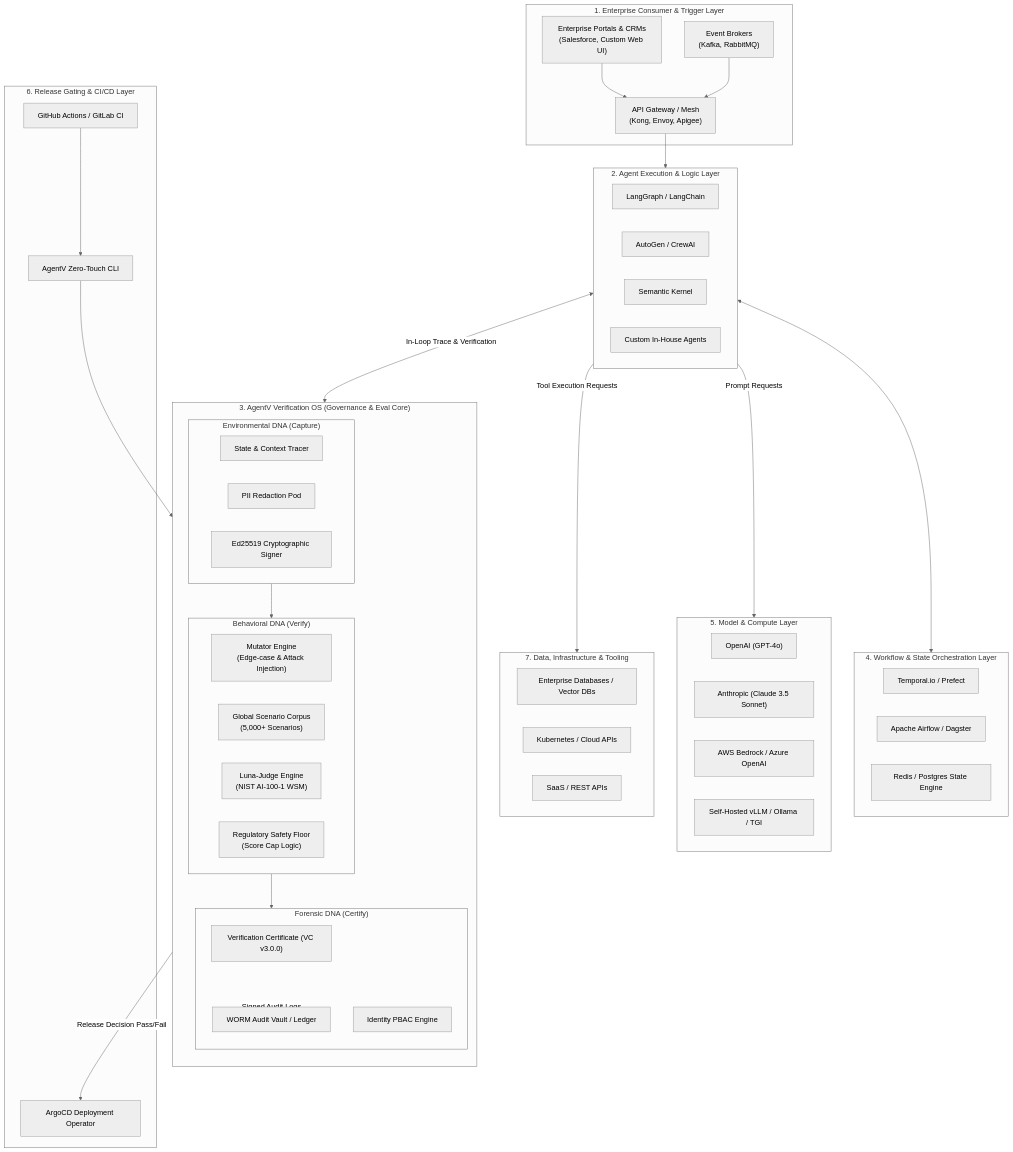
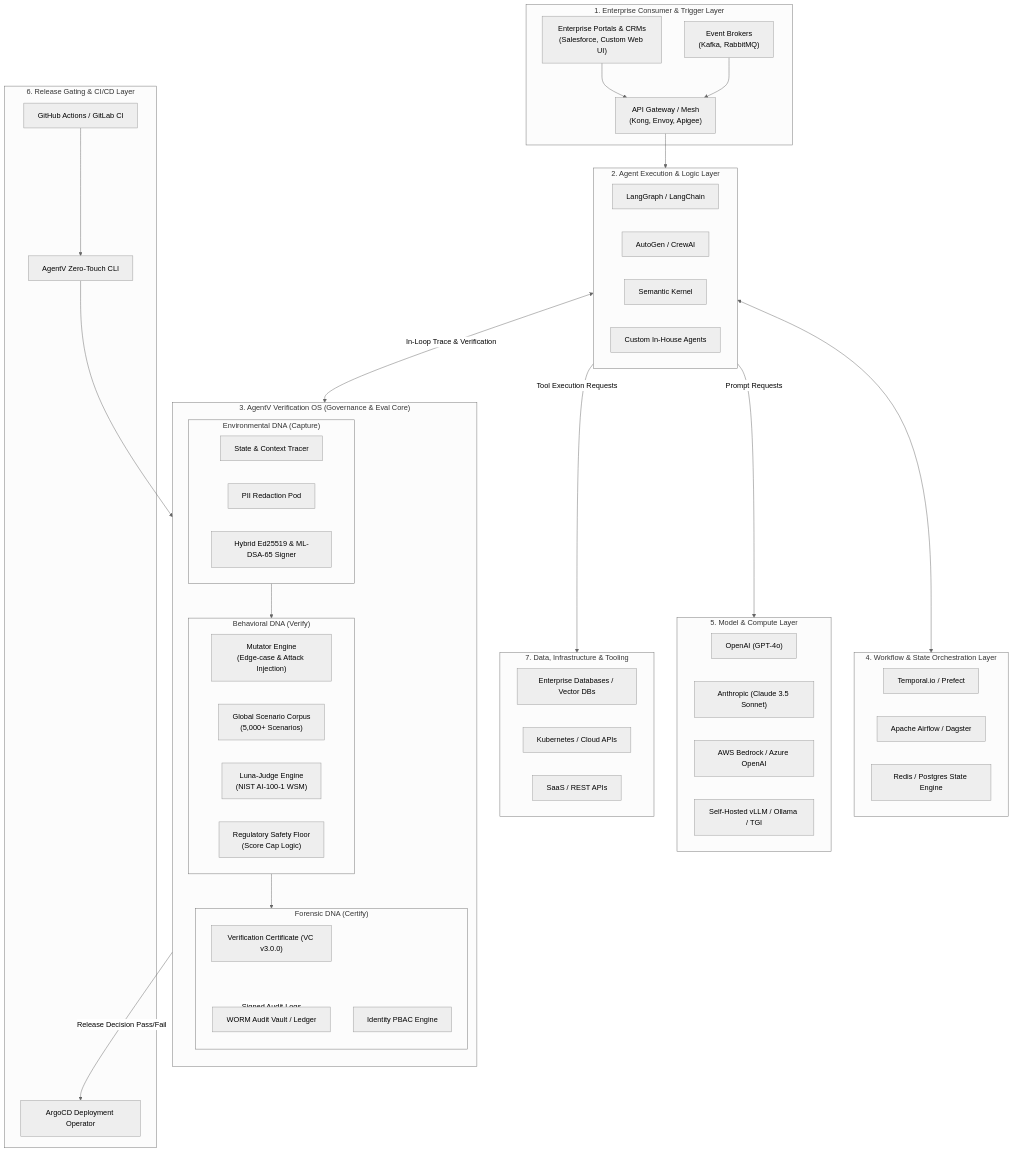
The diagram in docs-old/enterprise_architecture.md (najeed/ai-agent-eval-harness), drawn with Mermaid (neutral theme) before and after one commit. The commit also changed other lines of this file and 7 other files, not shown here.

```diff
--- a/docs-old/enterprise_architecture.md
+++ b/docs-old/enterprise_architecture.md
@@ -76,7 +76,7 @@
         subgraph Capture_Module["Environmental DNA (Capture)"]
             State_Tracer["State & Context Tracer"]
             PII_Pod["PII Redaction Pod"]
-            Signer["Ed25519 Cryptographic Signer"]
+            Signer["Hybrid Ed25519 & ML-DSA-65 Signer"]
         end
 
         subgraph Verification_Module["Behavioral DNA (Verify)"]
```
